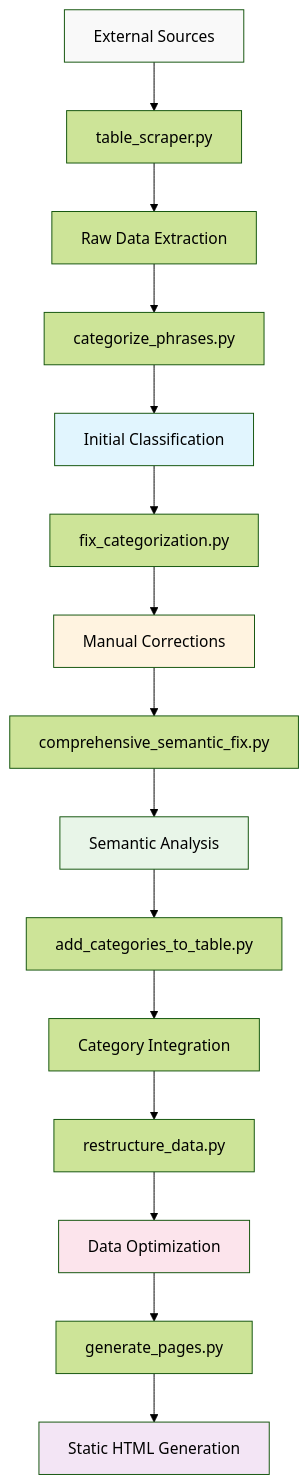
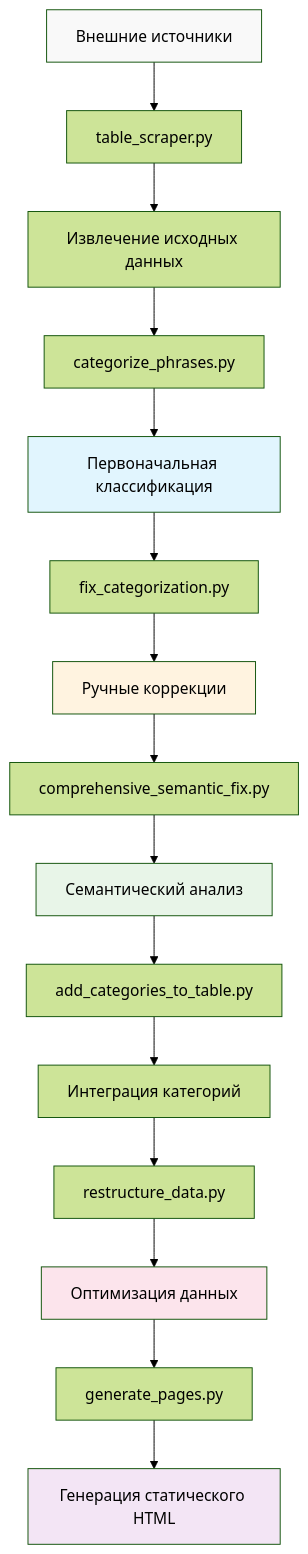
The diagram in wiki/Data-Architecture.md (akrupko/frazeologizms), drawn with Mermaid (forest theme) before and after one commit. The commit also changed other lines of this file and 7 other files, not shown here.

````diff
--- a/wiki/Data-Architecture.md
+++ b/wiki/Data-Architecture.md
@@ -81,24 +81,24 @@
 ```mermaid
 flowchart TD
-    A[External Sources] --> B[table_scraper.py]
-    B --> C[Raw Data Extraction]
+    A[Внешние источники] --> B[table_scraper.py]
+    B --> C[Извлечение исходных данных]
     C --> D[categorize_phrases.py]
-    D --> E[Initial Classification]
+    D --> E[Первоначальная классификация]
     E --> F[fix_categorization.py] 
-    F --> G[Manual Corrections]
+    F --> G[Ручные коррекции]
     G --> H[comprehensive_semantic_fix.py]
-    H --> I[Semantic Analysis]
+    H --> I[Семантический анализ]
     I --> J[add_categories_to_table.py]
-    J --> K[Category Integration]
+    J --> K[Интеграция категорий]
     K --> L[restructure_data.py]
-    L --> M[Data Optimization]
+    L --> M[Оптимизация данных]
     M --> N[generate_pages.py]
-    N --> O[Static HTML Generation]
+    N --> O[Генерация статического HTML]
     
     style A fill:#f9f9f9
     style E fill:#e1f5fe
     style G fill:#fff3e0
     style I fill:#e8f5e8
     style M fill:#fce4ec
     style O fill:#f3e5f5
 ```
````
